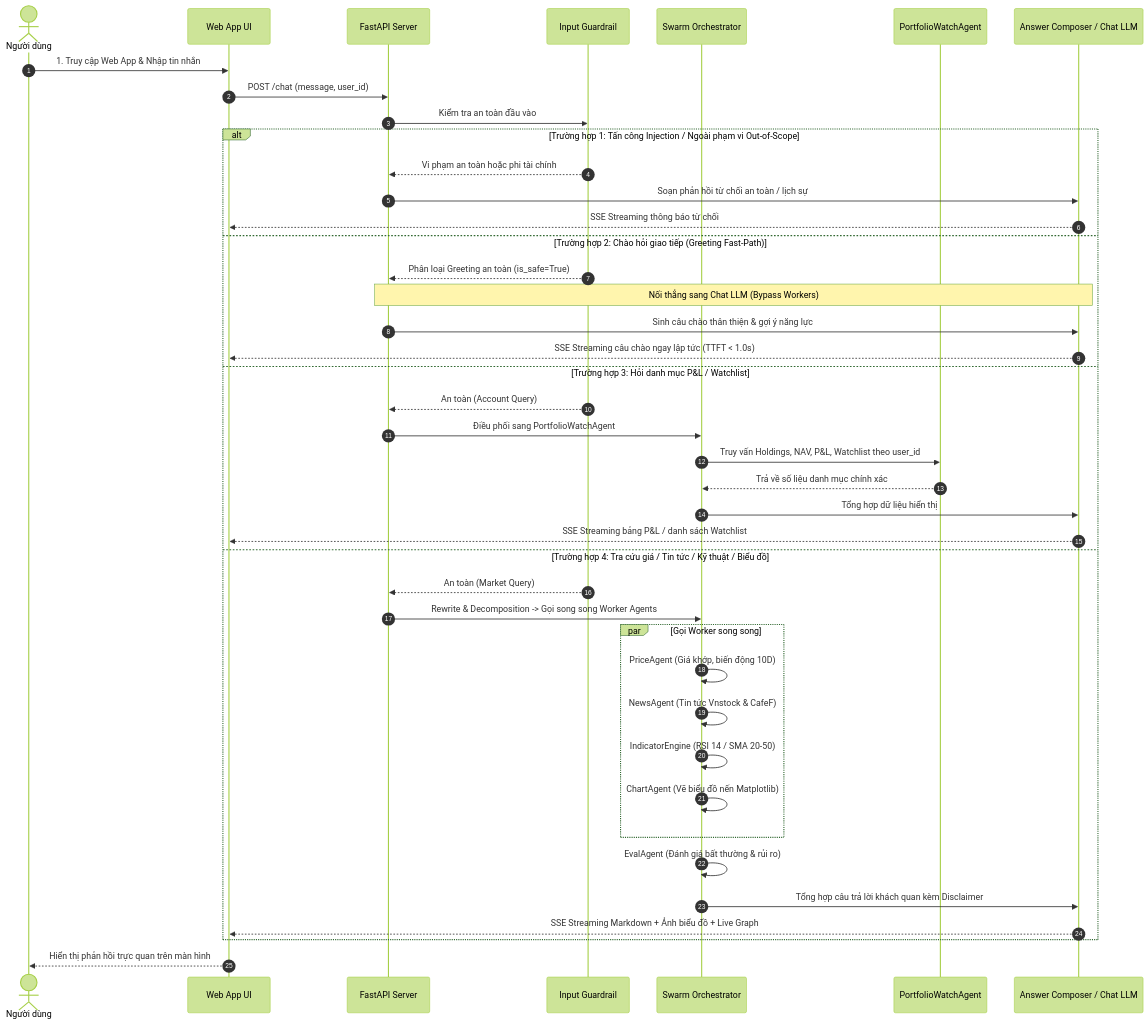
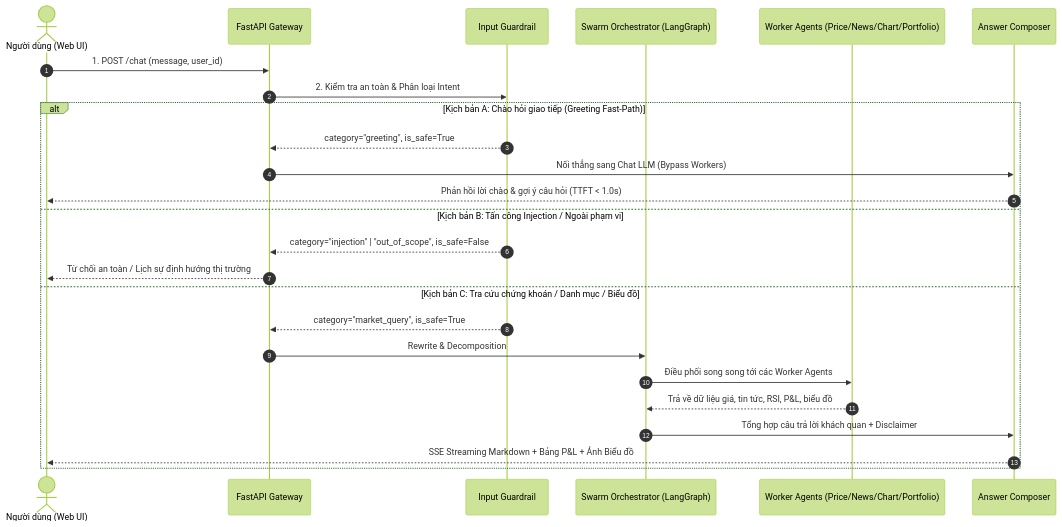
Before and after one commit to Anodis108/Agent_Stock: the diagram in specs/product-spec.md, drawn with Mermaid (forest theme). The commit also changed other lines of this file and 185 other files, not shown here.

First line of the commit message:
Refactor backend layout, reorganize tests, and consolidate eval artifacts.

````diff
--- a/specs/product-spec.md
+++ b/specs/product-spec.md
@@ -44,46 +45,29 @@
 ```mermaid
 sequenceDiagram
     autonumber
-    actor User as Người dùng
-    participant UI as Web App UI
-    participant Backend as FastAPI Server
+    actor User as Người dùng (Web UI)
+    participant API as FastAPI Gateway
     participant Guardrail as Input Guardrail
-    participant Swarm as Swarm Orchestrator
-    participant PWAgent as PortfolioWatchAgent
-    participant Composer as Answer Composer / Chat LLM
+    participant Swarm as Swarm Orchestrator (LangGraph)
+    participant Workers as Worker Agents (Price/News/Chart/Portfolio)
+    participant Composer as Answer Composer
 
-    User->>UI: 1. Truy cập Web App & Nhập tin nhắn
-    UI->>Backend: POST /chat (message, user_id)
-    Backend->>Guardrail: Kiểm tra an toàn đầu vào
-    
-    alt Trường hợp 1: Tấn công Injection / Ngoài phạm vi Out-of-Scope
-        Guardrail-->>Backend: Vi phạm an toàn hoặc phi tài chính
-        Backend->>Composer: Soạn phản hồi từ chối an toàn / lịch sự
-        Composer-->>UI: SSE Streaming thông báo từ chối
-    else Trường hợp 2: Chào hỏi giao tiếp (Greeting Fast-Path)
-        Guardrail-->>Backend: Phân loại Greeting an toàn (is_safe=True)
-        Note over Backend,Composer: Nối thẳng sang Chat LLM (Bypass Workers)
-        Backend->>Composer: Sinh câu chào thân thiện & gợi ý năng lực
-        Composer-->>UI: SSE Streaming câu chào ngay lập tức (TTFT < 1.0s)
-    else Trường hợp 3: Hỏi danh mục P&L / Watchlist
-        Guardrail-->>Backend: An toàn (Account Query)
-        Backend->>Swarm: Điều phối sang PortfolioWatchAgent
-        Swarm->>PWAgent: Truy vấn Holdings, NAV, P&L, Watchlist theo user_id
-        PWAgent-->>Swarm: Trả về số liệu danh mục chính xác
-        Swarm->>Composer: Tổng hợp dữ liệu hiển thị
-        Composer-->>UI: SSE Streaming bảng P&L / danh sách Watchlist
-    else Trường hợp 4: Tra cứu giá / Tin tức / Kỹ thuật / Biểu đồ
-        Guardrail-->>Backend: An toàn (Market Query)
-        Backend->>Swarm: Rewrite & Decomposition -> Gọi song song Worker Agents
-        par Gọi Worker song song
-            Swarm->>Swarm: PriceAgent (Giá khớp, biến động 10D)
-            Swarm->>Swarm: NewsAgent (Tin tức Vnstock & CafeF)
-            Swarm->>Swarm: IndicatorEngine (RSI 14 / SMA 20-50)
-            Swarm->>Swarm: ChartAgent (Vẽ biểu đồ nến Matplotlib)
-        end
-        Swarm->>Swarm: EvalAgent (Đánh giá bất thường & rủi ro)
-        Swarm->>Composer: Tổng hợp câu trả lời khách quan kèm Disclaimer
-        Composer-->>UI: SSE Streaming Markdown + Ảnh biểu đồ + Live Graph
+    User->>API: 1. POST /chat (message, user_id)
+    API->>Guardrail: 2. Kiểm tra an toàn & Phân loại Intent
+
+    alt Kịch bản A: Chào hỏi giao tiếp (Greeting Fast-Path)
+        Guardrail-->>API: category="greeting", is_safe=True
+        API->>Composer: Nối thẳng sang Chat LLM (Bypass Workers)
+        Composer-->>User: Phản hồi lời chào & gợi ý câu hỏi (TTFT < 1.0s)
+    else Kịch bản B: Tấn công Injection / Ngoài phạm vi
+        Guardrail-->>API: category="injection" | "out_of_scope", is_safe=False
+        API-->>User: Từ chối an toàn / Lịch sự định hướng thị trường
+    else Kịch bản C: Tra cứu chứng khoán / Danh mục / Biểu đồ
+        Guardrail-->>API: category="market_query", is_safe=True
+        API->>Swarm: Rewrite & Decomposition
+        Swarm->>Workers: Điều phối song song tới các Worker Agents
+        Workers-->>Swarm: Trả về dữ liệu giá, tin tức, RSI, P&L, biểu đồ
+        Swarm->>Composer: Tổng hợp câu trả lời khách quan + Disclaimer
+        Composer-->>User: SSE Streaming Markdown + Bảng P&L + Ảnh Biểu đồ
     end
-    UI-->>User: Hiển thị phản hồi trực quan trên màn hình
 ```
````
